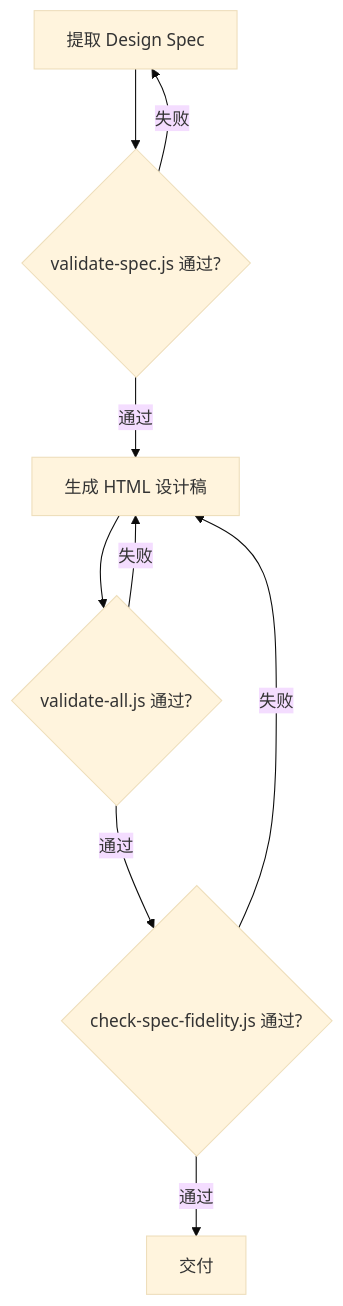
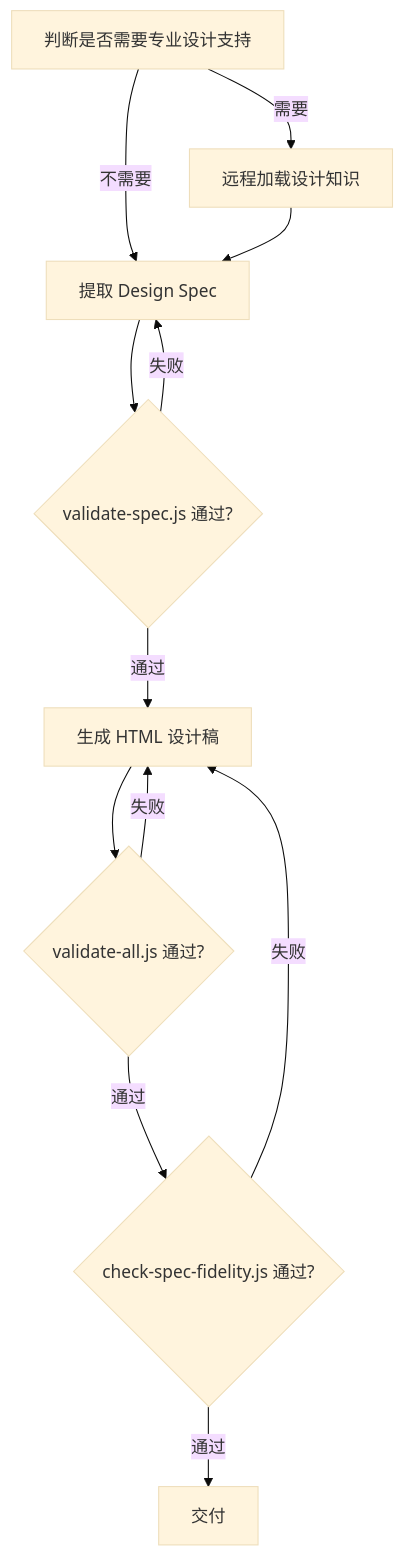
One commit to YuluoY/claude-uluo changed the third of 3 diagrams in skills/html-blueprint/SKILL.md. Above: the diagram before and after it, drawn with Mermaid (base theme). The commit also changed other lines of this file and 70 other files, not shown here.

````diff
--- a/skills/html-blueprint/SKILL.md
+++ b/skills/html-blueprint/SKILL.md
@@ -40,11 +96,14 @@
 ```mermaid
 flowchart TD
-    A[提取 Design Spec] --> B{validate-spec.js 通过?}
-    B -->|失败| A
-    B -->|通过| C[生成 HTML 设计稿]
-    C --> D{validate-all.js 通过?}
+    A[判断是否需要专业设计支持] -->|需要| B[远程加载设计知识]
+    A -->|不需要| C[提取 Design Spec]
+    B --> C
+    C --> D{validate-spec.js 通过?}
     D -->|失败| C
-    D -->|通过| E{check-spec-fidelity.js 通过?}
-    E -->|失败| C
-    E -->|通过| F[交付]
+    D -->|通过| E[生成 HTML 设计稿]
+    E --> F{validate-all.js 通过?}
+    F -->|失败| E
+    F -->|通过| G{check-spec-fidelity.js 通过?}
+    G -->|失败| E
+    G -->|通过| H[交付]
 ```
````
